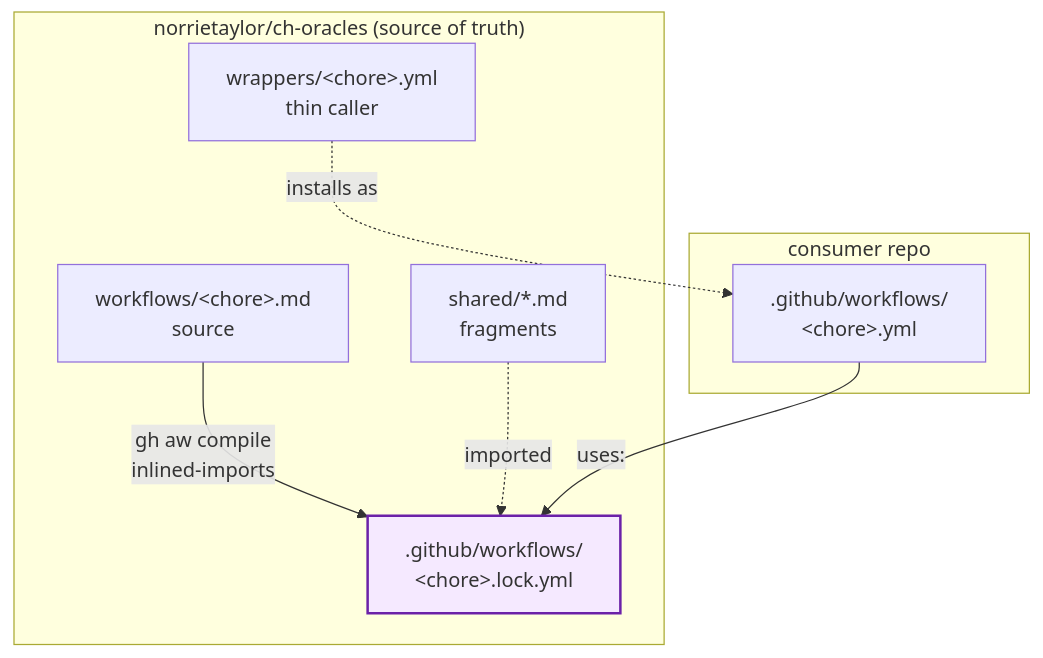
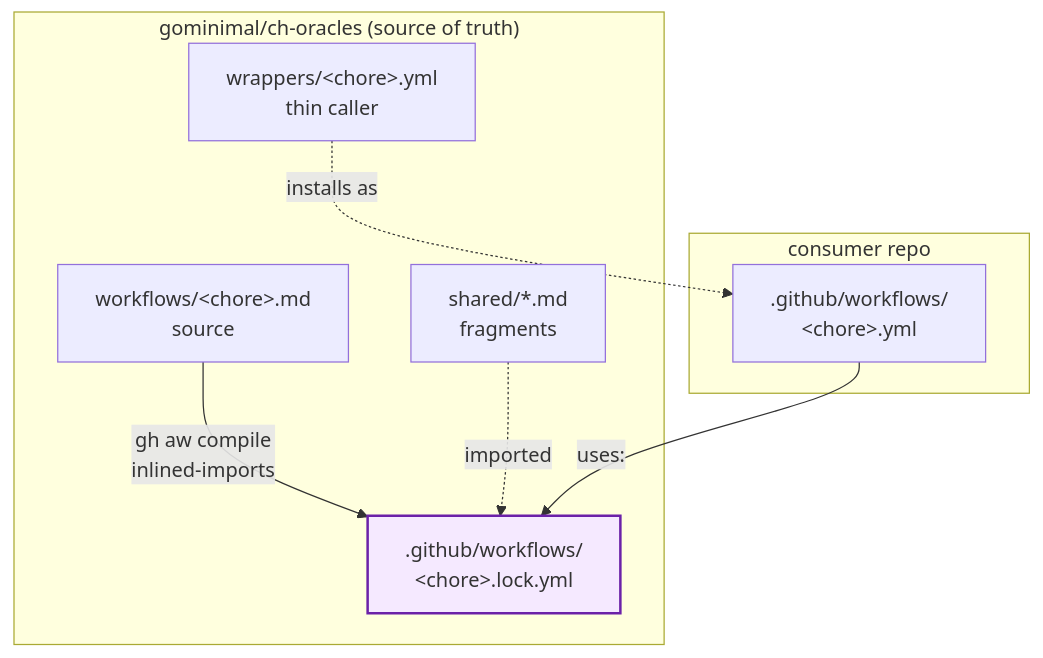
The second of 5 diagrams in docs/architecture.md (norrietaylor/ch-oracles), drawn with Mermaid before and after one commit. The commit also changed other lines of this file and 60 other files, not shown here.

````diff
--- a/docs/architecture.md
+++ b/docs/architecture.md
@@ -30,20 +30,20 @@
 ```mermaid
 flowchart TB
-    subgraph SOT["norrietaylor/ch-oracles (source of truth)"]
+    subgraph SOT["gominimal/ch-oracles (source of truth)"]
         S1[workflows/&lt;chore&gt;.md<br/>source]
         S2[shared/*.md<br/>fragments]
         S3[wrappers/&lt;chore&gt;.yml<br/>thin caller]
         S1 -->|gh aw compile<br/>inlined-imports| LK[.github/workflows/<br/>&lt;chore&gt;.lock.yml]
         S2 -.imported.-> LK
     end
 
     subgraph CR["consumer repo"]
         W[.github/workflows/<br/>&lt;chore&gt;.yml]
         W -->|uses:| LK
     end
 
     S3 -.installs as.-> W
 
     classDef accent fill:#f5e9ff,stroke:#6b21a8,stroke-width:2px;
     class LK accent;
 ```
````
